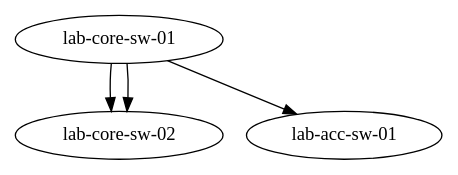
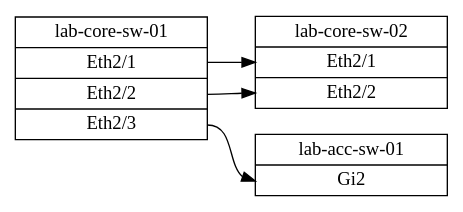
The diagram in 02_network_state_checks/reports/lab-core-sw-01_lldp_neighbors.dot (andyflint/network-automation-solution-examples), drawn with Graphviz before and after one commit. The commit also changed 3 other files, not shown here.

```diff
--- a/02_network_state_checks/reports/lab-core-sw-01_lldp_neighbors.dot
+++ b/02_network_state_checks/reports/lab-core-sw-01_lldp_neighbors.dot
@@ -1,5 +1,19 @@
 digraph G {
-  "lab-core-sw-01" -> "lab-core-sw-02"
-  "lab-core-sw-01" -> "lab-core-sw-02"
-  "lab-core-sw-01" -> "lab-acc-sw-01"
+  node [shape = record,height=.1,width=2];
+  rankdir=LR;
+  subgraph source {
+    "lab-core-sw-01"[label = "lab-core-sw-01
+    |<Eth2/1>Eth2/1|<Eth2/2>Eth2/2|<Eth2/3>Eth2/3 "]
+  }
+  subgraph destination {
+          "lab-core-sw-02"[label = "lab-core-sw-02
+      | <Eth2/1>Eth2/1| <Eth2/2>Eth2/2 "]
+          "lab-core-sw-02"[label = "lab-core-sw-02
+      | <Eth2/1>Eth2/1| <Eth2/2>Eth2/2 "]
+          "lab-acc-sw-01"[label = "lab-acc-sw-01
+      | <Gi2>Gi2 "]
+      }
+  "lab-core-sw-01":"Eth2/1" -> "lab-core-sw-02":"Eth2/1" 
+  "lab-core-sw-01":"Eth2/2" -> "lab-core-sw-02":"Eth2/2" 
+  "lab-core-sw-01":"Eth2/3" -> "lab-acc-sw-01":"Gi2" 
 }
```
